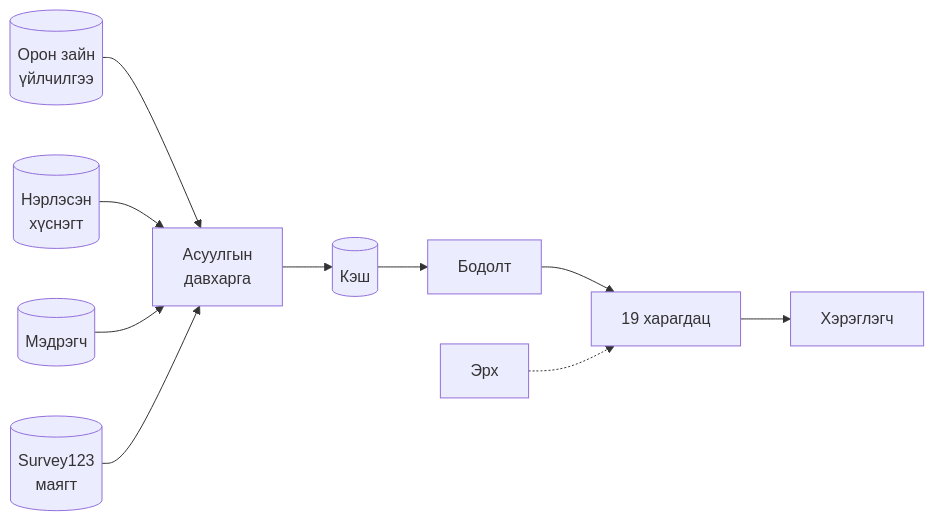
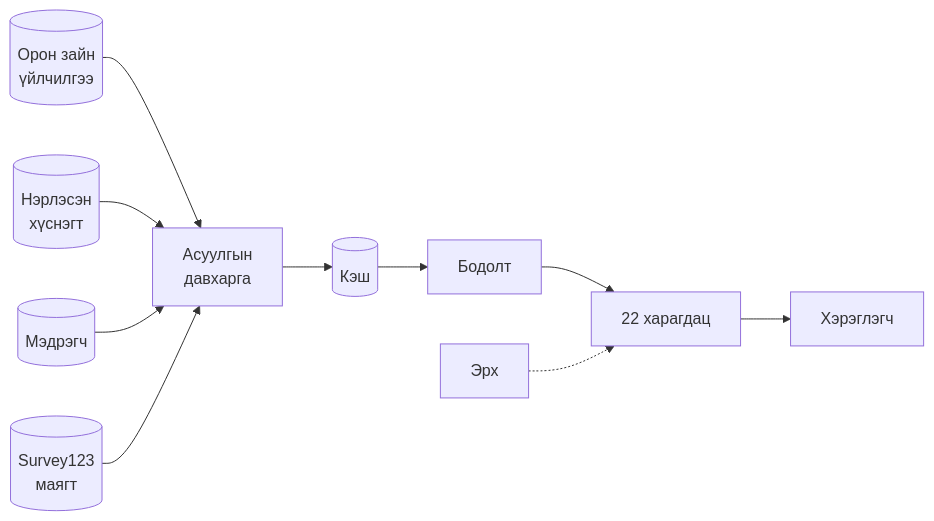
Before and after one commit to monmapgisteam-oss/Selbe_db: the diagram in docs/SYSTEM.md, drawn with Mermaid. The commit also changed other lines of this file and 19 other files, not shown here.

````diff
--- a/docs/SYSTEM.md
+++ b/docs/SYSTEM.md
@@ -46,12 +46,12 @@
 ```mermaid
 flowchart LR
   SPACE[(Орон зайн<br/>үйлчилгээ)] --> Q[Асуулгын<br/>давхарга]
   TABLE[(Нэрлэсэн<br/>хүснэгт)] --> Q
   IOT[(Мэдрэгч)] --> Q
   FORM[(Survey123<br/>маягт)] --> Q
   Q --> CACHE[(Кэш)]
   CACHE --> CALC[Бодолт]
-  CALC --> VIEW[19 харагдац]
+  CALC --> VIEW[22 харагдац]
   VIEW --> USER[Хэрэглэгч]
   ACL[Эрх] -.-> VIEW
 ```
````
